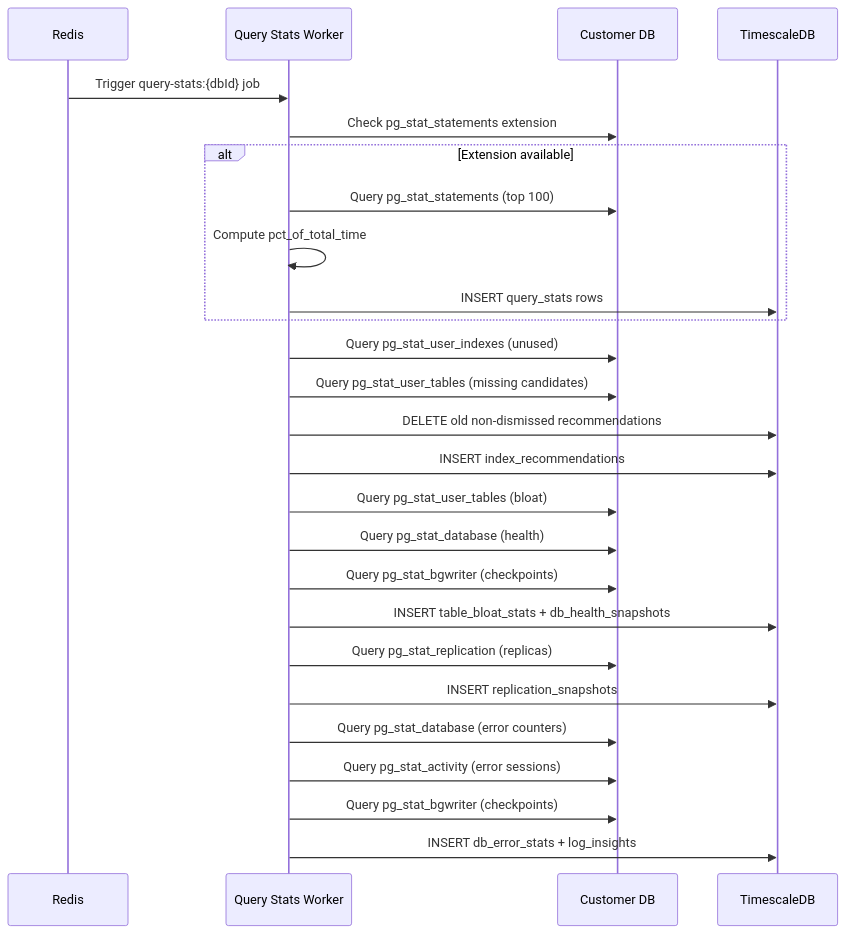
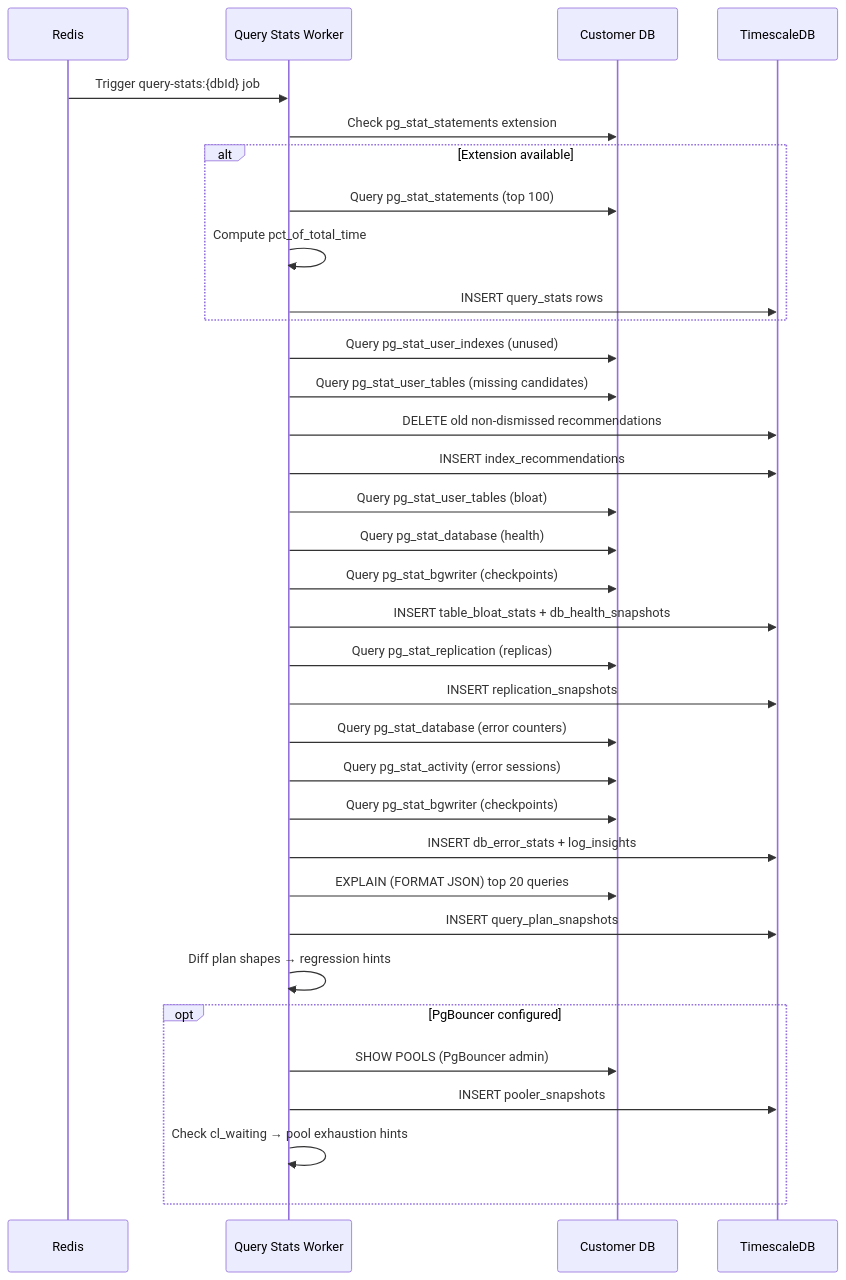
One commit to aungba/pgvitals changed the third of 3 diagrams in specs/DETAILED_SPEC_AND_WALKTHROUGH.md. Above: the diagram before and after it, drawn with Mermaid. The commit also changed other lines of this file and 36 other files, not shown here.

````diff
--- a/specs/DETAILED_SPEC_AND_WALKTHROUGH.md
+++ b/specs/DETAILED_SPEC_AND_WALKTHROUGH.md
@@ -829,29 +934,37 @@
 ```mermaid
 sequenceDiagram
     participant Redis as Redis
     participant Worker as Query Stats Worker
     participant CDB as Customer DB
     participant TDB as TimescaleDB
 
     Redis->>Worker: Trigger query-stats:{dbId} job
     Worker->>CDB: Check pg_stat_statements extension
     alt Extension available
         Worker->>CDB: Query pg_stat_statements (top 100)
         Worker->>Worker: Compute pct_of_total_time
         Worker->>TDB: INSERT query_stats rows
     end
     Worker->>CDB: Query pg_stat_user_indexes (unused)
     Worker->>CDB: Query pg_stat_user_tables (missing candidates)
     Worker->>TDB: DELETE old non-dismissed recommendations
     Worker->>TDB: INSERT index_recommendations
     Worker->>CDB: Query pg_stat_user_tables (bloat)
     Worker->>CDB: Query pg_stat_database (health)
     Worker->>CDB: Query pg_stat_bgwriter (checkpoints)
     Worker->>TDB: INSERT table_bloat_stats + db_health_snapshots
     Worker->>CDB: Query pg_stat_replication (replicas)
     Worker->>TDB: INSERT replication_snapshots
     Worker->>CDB: Query pg_stat_database (error counters)
     Worker->>CDB: Query pg_stat_activity (error sessions)
     Worker->>CDB: Query pg_stat_bgwriter (checkpoints)
     Worker->>TDB: INSERT db_error_stats + log_insights
+    Worker->>CDB: EXPLAIN (FORMAT JSON) top 20 queries
+    Worker->>TDB: INSERT query_plan_snapshots
+    Worker->>Worker: Diff plan shapes → regression hints
+    opt PgBouncer configured
+        Worker->>CDB: SHOW POOLS (PgBouncer admin)
+        Worker->>TDB: INSERT pooler_snapshots
+        Worker->>Worker: Check cl_waiting → pool exhaustion hints
+    end
 ```
````
